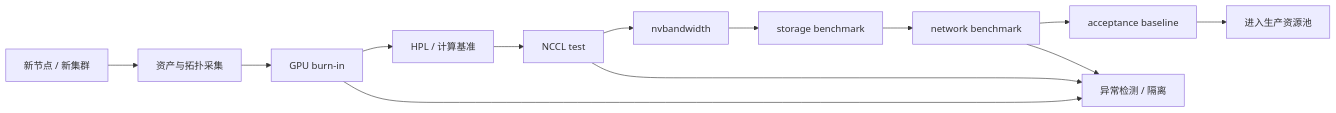
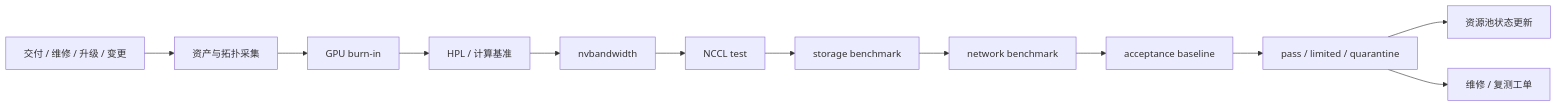
Before and after one commit to ikingye/ai-factory-engineering: the diagram in docs/part-09-reliability-observability/chapter-38-acceptance-testing.md, drawn with Mermaid. The commit also changed other lines of this file and 3 other files, not shown here.

````diff
--- a/docs/part-09-reliability-observability/chapter-38-acceptance-testing.md
+++ b/docs/part-09-reliability-observability/chapter-38-acceptance-testing.md
@@ -29,9 +51,14 @@
 ```mermaid
 flowchart LR
-  New["新节点 / 新集群"] --> Inventory["资产与拓扑采集"] --> Burn["GPU burn-in"] --> HPL["HPL / 计算基准"]
-  HPL --> NCCL["NCCL test"] --> NVBW["nvbandwidth"] --> Storage["storage benchmark"] --> Network["network benchmark"]
-  Network --> Baseline["acceptance baseline"] --> Pool["进入生产资源池"]
-  Network --> Anomaly["异常检测 / 隔离"]
-  Burn --> Anomaly
-  NCCL --> Anomaly
+  Trigger["交付 / 维修 / 升级 / 变更"] --> Inventory["资产与拓扑采集"]
+  Inventory --> Burn["GPU burn-in"]
+  Burn --> HPL["HPL / 计算基准"]
+  HPL --> NVBW["nvbandwidth"]
+  NVBW --> NCCL["NCCL test"]
+  NCCL --> Storage["storage benchmark"]
+  Storage --> Network["network benchmark"]
+  Network --> Baseline["acceptance baseline"]
+  Baseline --> Decision["pass / limited / quarantine"]
+  Decision --> Pool["资源池状态更新"]
+  Decision --> Ticket["维修 / 复测工单"]
 ```
````
